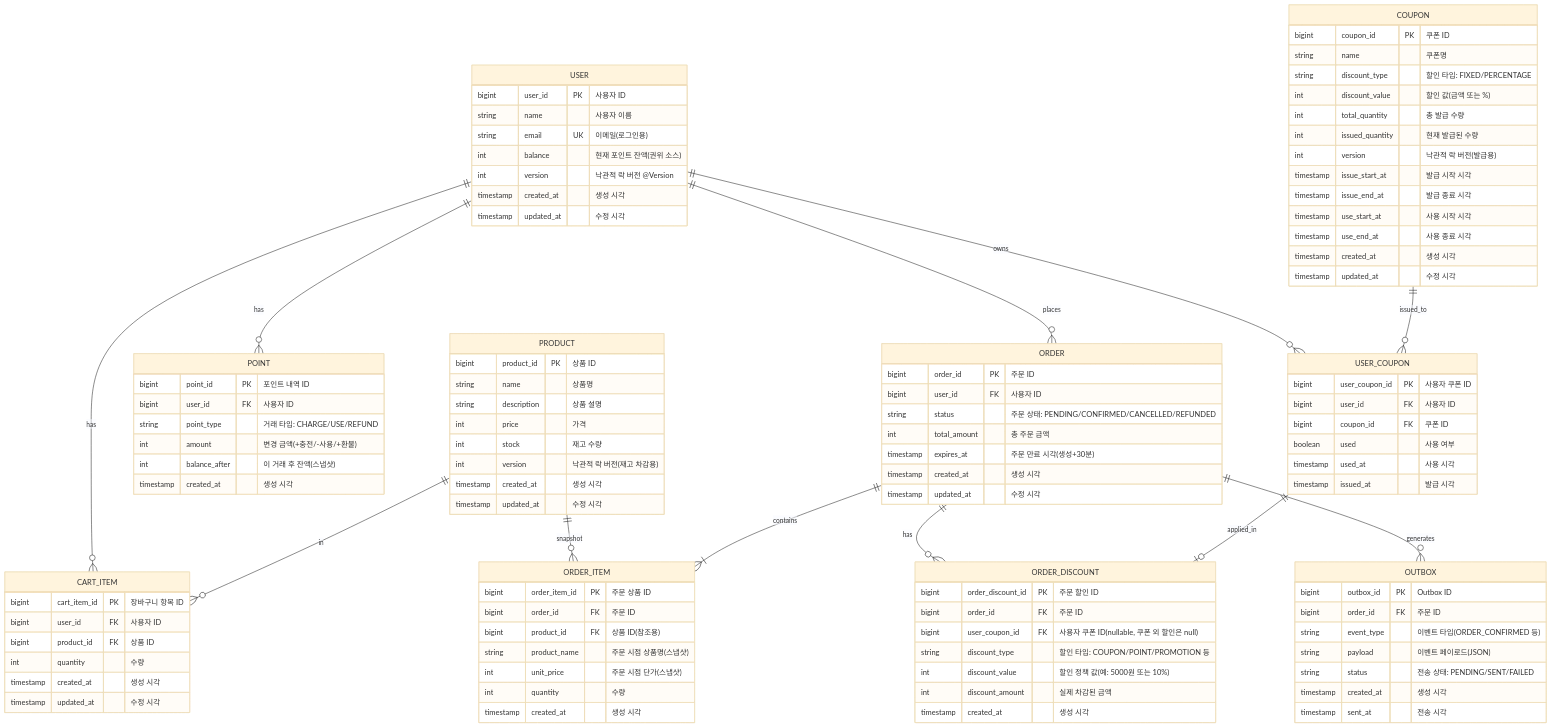
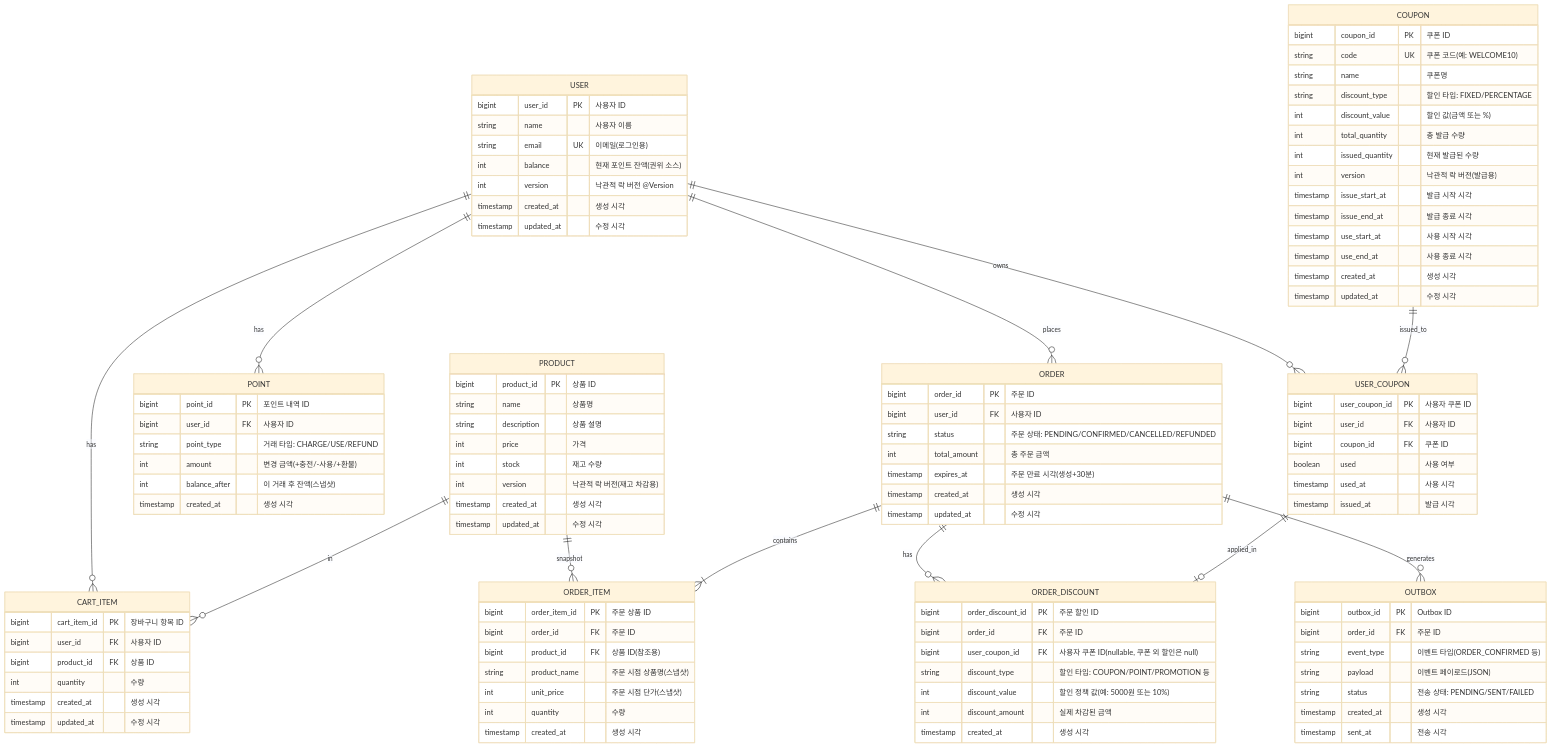
Before and after one commit to 2-seulgi/hhplus-ecommerce: the diagram in docs/erd.md, drawn with Mermaid (base theme). The commit also changed other lines of this file, not shown here.

First line of the commit message:
docs: COUPON 테이블에 code 컬럼 추가

```diff
--- a/docs/erd.md
+++ b/docs/erd.md
@@ -80,6 +80,7 @@
 
     COUPON {
         bigint coupon_id PK "쿠폰 ID"
+        string code UK "쿠폰 코드(예: WELCOME10)"
         string name "쿠폰명"
         string discount_type "할인 타입: FIXED/PERCENTAGE"
         int discount_value "할인 값(금액 또는 %)"
```
